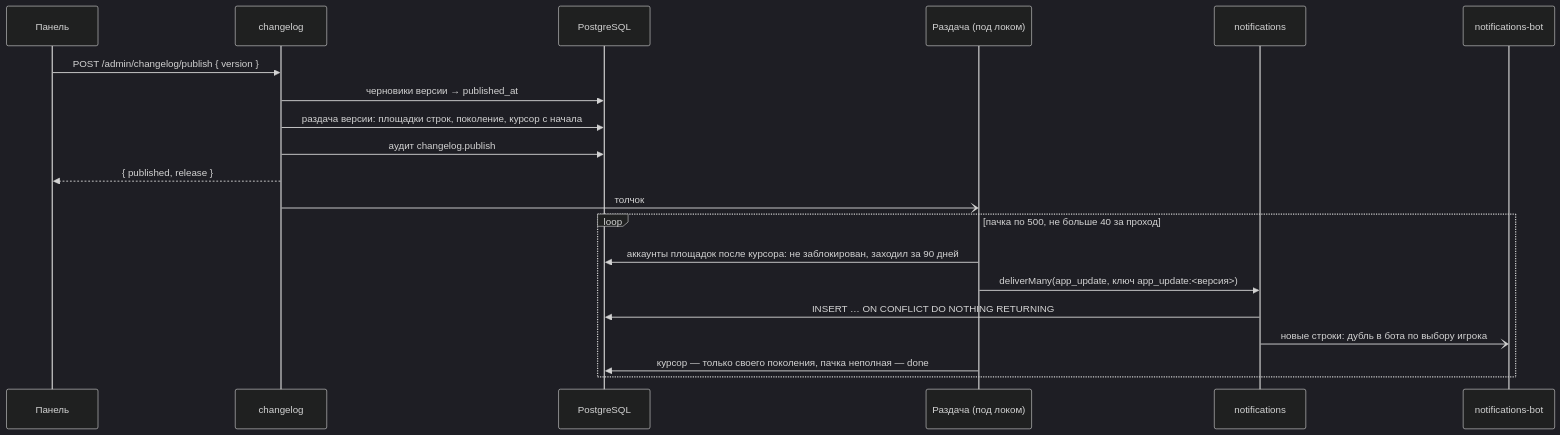
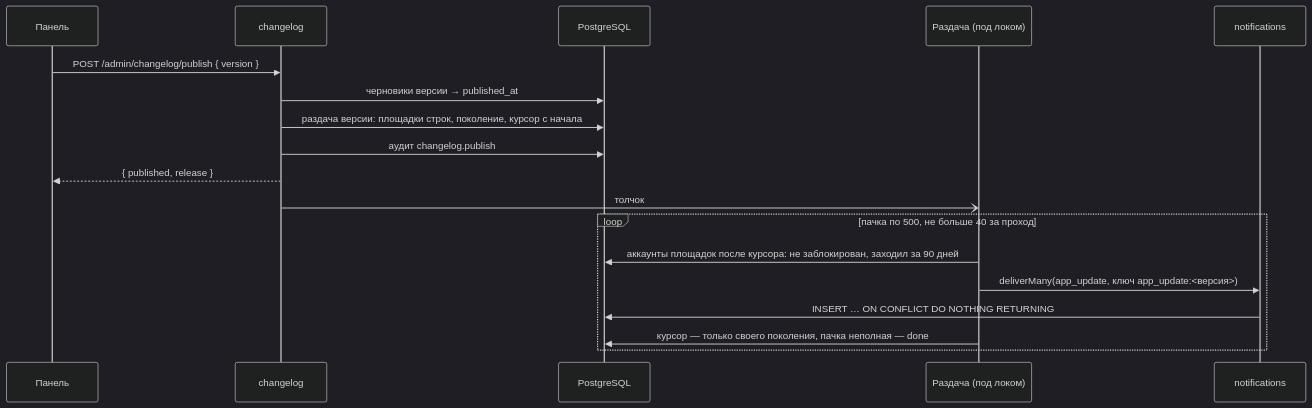
Diagram 31 of 36 in docs/21-diagrams.md (JJSGxKD/rubezh), drawn with Mermaid (dark theme) before and after one commit. The commit also changed other lines of this file and 1 other file, not shown here.

````diff
--- a/docs/21-diagrams.md
+++ b/docs/21-diagrams.md
@@ -2919,24 +2919,22 @@
 ```mermaid
 sequenceDiagram
     participant P as Панель
     participant CL as changelog
     participant DB as PostgreSQL
     participant F as Раздача (под локом)
     participant N as notifications
-    participant B as notifications-bot
 
     P->>CL: POST /admin/changelog/publish { version }
     CL->>DB: черновики версии → published_at
     CL->>DB: раздача версии: площадки строк, поколение, курсор с начала
     CL->>DB: аудит changelog.publish
     CL-->>P: { published, release }
     CL-)F: толчок
 
     loop пачка по 500, не больше 40 за проход
         F->>DB: аккаунты площадок после курсора: не заблокирован, заходил за 90 дней
         F->>N: deliverMany(app_update, ключ app_update:<версия>)
         N->>DB: INSERT … ON CONFLICT DO NOTHING RETURNING
-        N-)B: новые строки: дубль в бота по выбору игрока
         F->>DB: курсор — только своего поколения, пачка неполная — done
     end
 ```
````
